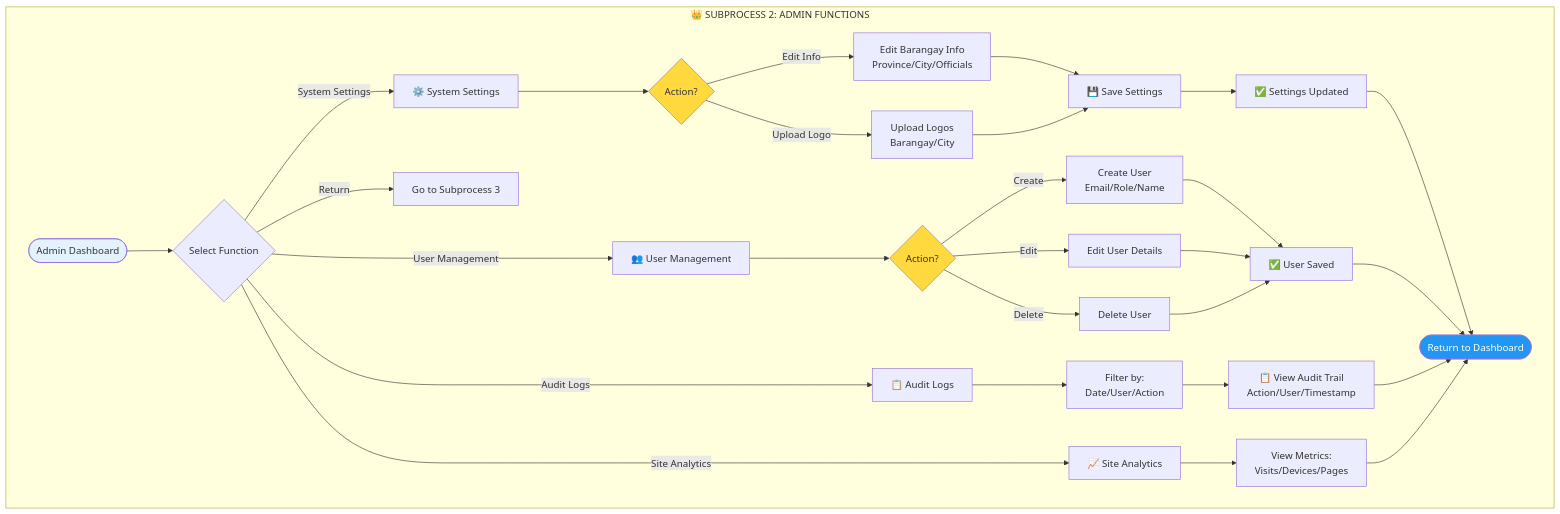
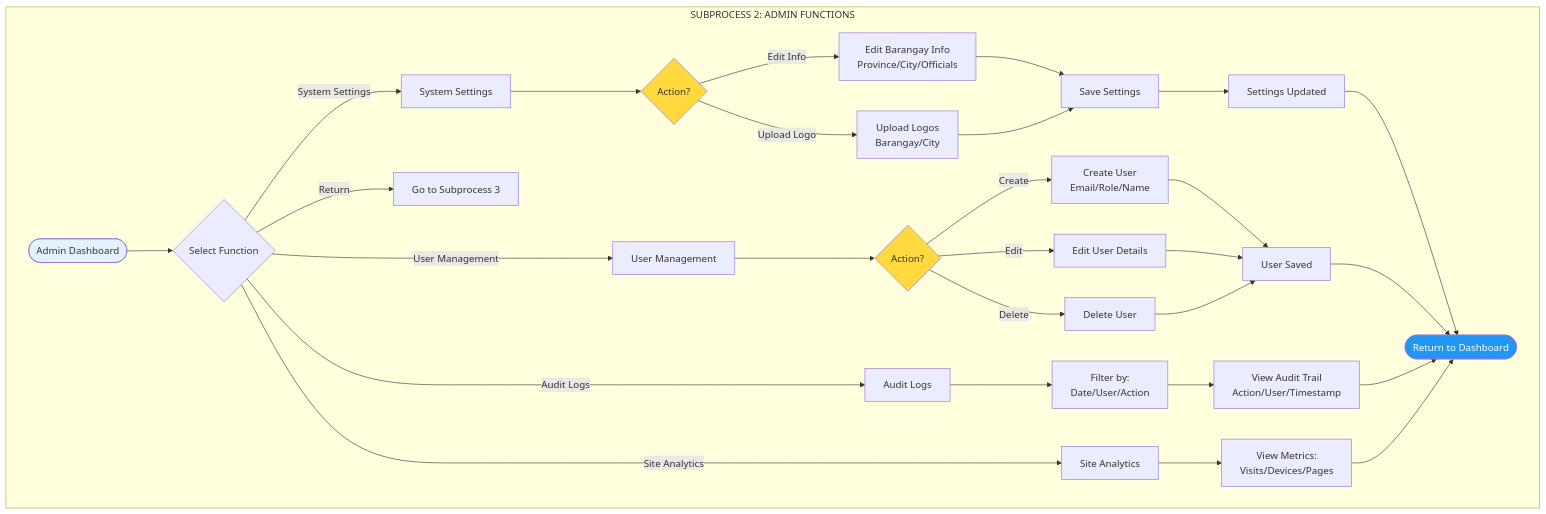
Before and after one commit to Godwynski/Final: the fourth of 9 diagrams in README.md, drawn with Mermaid. The commit also changed other lines of this file, not shown here.

Commit message:
docs: Update case status tracking description and remove emojis from mermaid diagrams.

````diff
--- a/README.md
+++ b/README.md
@@ -542,47 +542,47 @@
 ```mermaid
 flowchart TD
-    subgraph Admin["👑 SUBPROCESS 2: ADMIN FUNCTIONS"]
+    subgraph Admin["SUBPROCESS 2: ADMIN FUNCTIONS"]
         Start([Admin Dashboard]) --> Menu{Select Function}
 
-        Menu -->|System Settings| Settings[⚙️ System Settings]
-        Menu -->|User Management| Users[👥 User Management]
-        Menu -->|Audit Logs| Audit[📋 Audit Logs]
-        Menu -->|Site Analytics| Analytics[📈 Site Analytics]
+        Menu -->|System Settings| Settings[System Settings]
+        Menu -->|User Management| Users[User Management]
+        Menu -->|Audit Logs| Audit[Audit Logs]
+        Menu -->|Site Analytics| Analytics[Site Analytics]
         Menu -->|Return| ReturnOps[Go to Subprocess 3]
 
         %% System Settings
         Settings --> SettingsAction{Action?}
         SettingsAction -->|Edit Info| EditBarangay[Edit Barangay Info<br/>Province/City/Officials]
         SettingsAction -->|Upload Logo| UploadLogo[Upload Logos<br/>Barangay/City]
-        EditBarangay --> SaveSettings[💾 Save Settings]
+        EditBarangay --> SaveSettings[Save Settings]
         UploadLogo --> SaveSettings
-        SaveSettings --> SettingsOK[✅ Settings Updated]
+        SaveSettings --> SettingsOK[Settings Updated]
 
         %% User Management
         Users --> UserAction{Action?}
         UserAction -->|Create| CreateUser[Create User<br/>Email/Role/Name]
         UserAction -->|Edit| EditUser[Edit User Details]
         UserAction -->|Delete| DeleteUser[Delete User]
-        CreateUser --> UserOK[✅ User Saved]
+        CreateUser --> UserOK[User Saved]
         EditUser --> UserOK
         DeleteUser --> UserOK
 
         %% Audit Logs
         Audit --> AuditFilters[Filter by:<br/>Date/User/Action]
-        AuditFilters --> ViewLogs[📋 View Audit Trail<br/>Action/User/Timestamp]
+        AuditFilters --> ViewLogs[View Audit Trail<br/>Action/User/Timestamp]
 
         %% Site Analytics
         Analytics --> ViewAnalytics[View Metrics:<br/>Visits/Devices/Pages]
 
         %% End States
         SettingsOK --> End([Return to Dashboard])
         UserOK --> End
         ViewLogs --> End
         ViewAnalytics --> End
     end
 
     style Start fill:#e3f2fd
     style End fill:#2196F3,color:#fff
     style SettingsAction fill:#ffd93d
     style UserAction fill:#ffd93d
 ```
````
